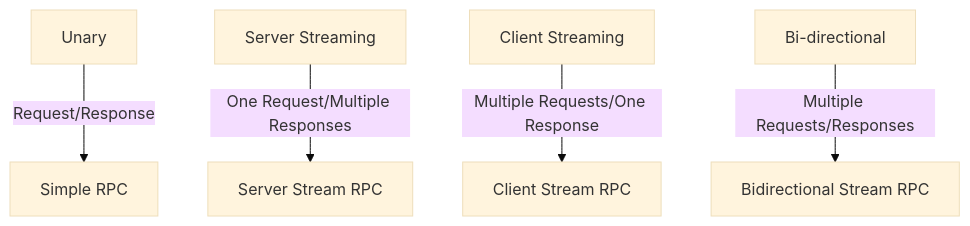
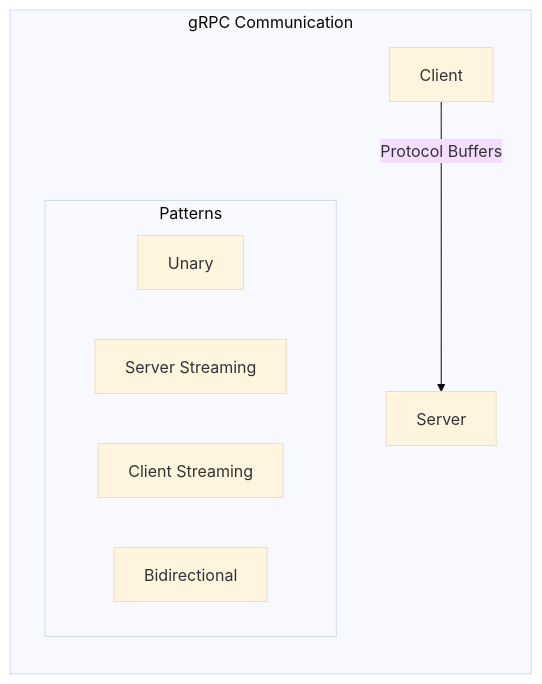
The fourth of 6 diagrams in src/API_Design_Concepts.md (saravanakumarrc/Architecture_Journey), drawn with Mermaid (base theme) before and after one commit. The commit also changed other lines of this file and 4 other files, not shown here.

First line of the commit message:
Refactor Serverless Architecture Patterns and Testing Best Practices documentation

````diff
--- a/src/API_Design_Concepts.md
+++ b/src/API_Design_Concepts.md
@@ -229,7 +114,13 @@
 ```mermaid
-graph TD
-    A[Unary] -->|Request/Response| B[Simple RPC]
-    C[Server Streaming] -->|One Request/Multiple Responses| D[Server Stream RPC]
-    E[Client Streaming] -->|Multiple Requests/One Response| F[Client Stream RPC]
-    G[Bi-directional] -->|Multiple Requests/Responses| H[Bidirectional Stream RPC]
+graph LR
+    subgraph "gRPC Communication"
+        C[Client] --> |Protocol Buffers| S[Server]
+        
+        subgraph "Patterns"
+            U[Unary]
+            SS[Server Streaming]
+            CS[Client Streaming]
+            BD[Bidirectional]
+        end
+    end
 ```
````
